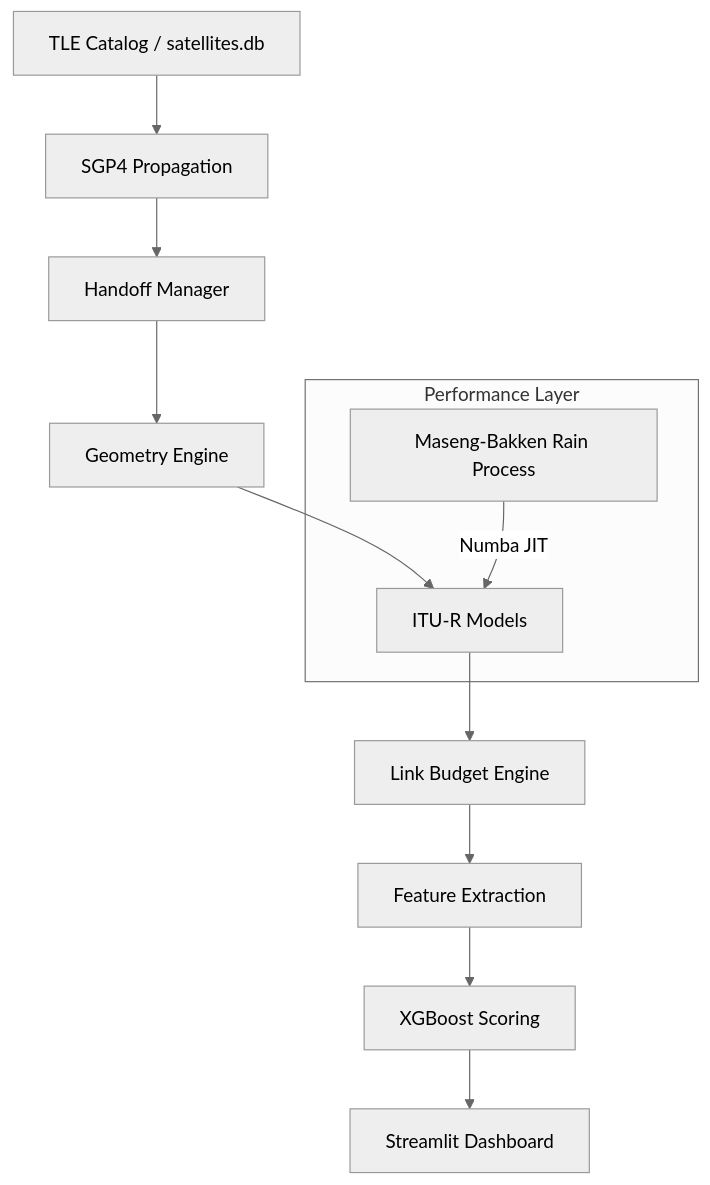
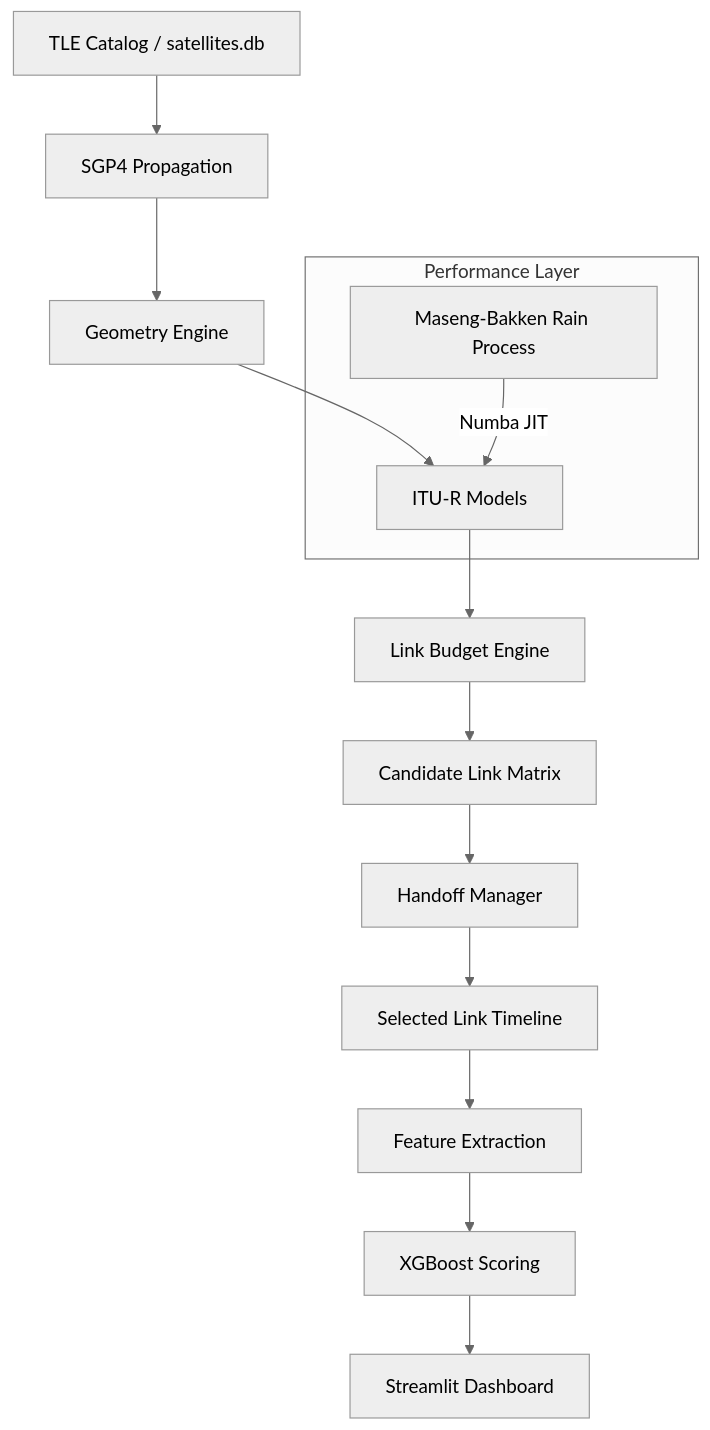
The diagram in docs/architecture.md (Satyanshgaur/RainCast), drawn with Mermaid (neutral theme) before and after one commit.

Commit message:
Added the architecture diagram

````diff
--- a/docs/architecture.md
+++ b/docs/architecture.md
@@ -7,15 +7,23 @@
 ```mermaid
 graph TD
     A[TLE Catalog / satellites.db] --> B[SGP4 Propagation]
-    B --> C[Handoff Manager]
-    C --> D[Geometry Engine]
-    D --> E[ITU-R Models]
-    E --> F[Link Budget Engine]
-    F --> G[Feature Extraction]
-    G --> H[XGBoost Scoring]
-    H --> I[Streamlit Dashboard]
-    
+
+    B --> C[Geometry Engine]
+    C --> D[ITU-R Models]
+    D --> E[Link Budget Engine]
+
+    E --> F[Candidate Link Matrix]
+
+    F --> G[Handoff Manager]
+
+    G --> H[Selected Link Timeline]
+
+    H --> I[Feature Extraction]
+    I --> J[XGBoost Scoring]
+    J --> K[Streamlit Dashboard]
+
     subgraph JIT_ACCELERATED [Performance Layer]
-        E1[Maseng-Bakken Rain Process] -- Numba JIT --> E
+        R[Maseng-Bakken Rain Process]
+        R -- Numba JIT --> D
     end
 ```
````
